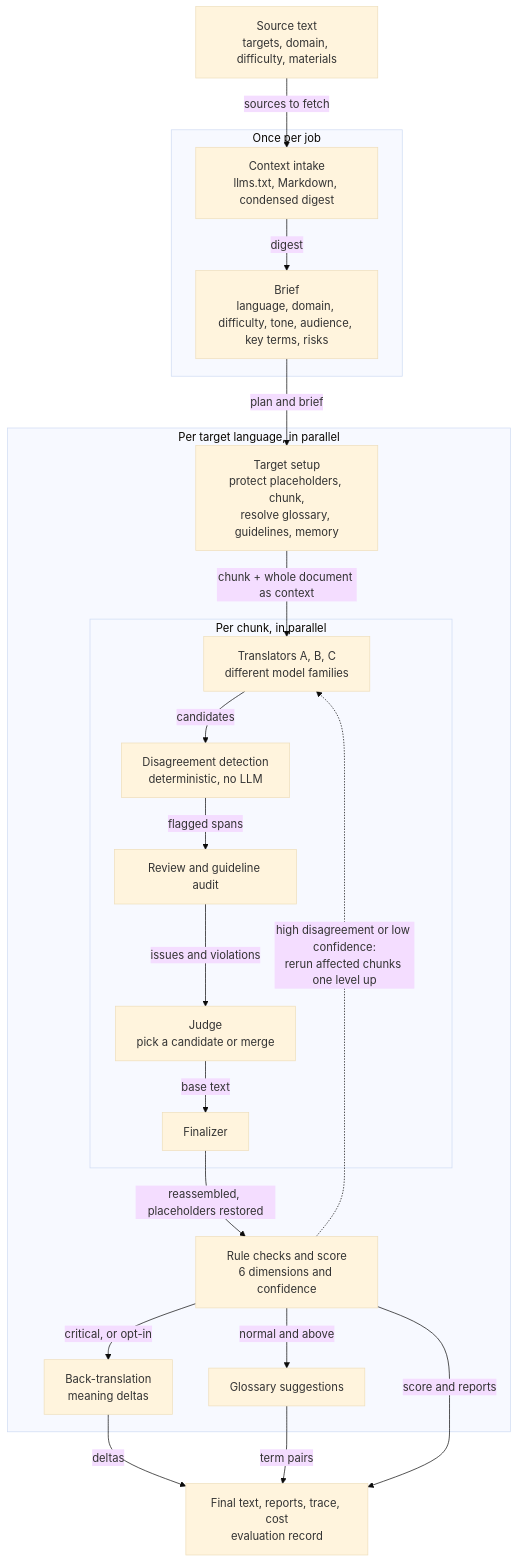
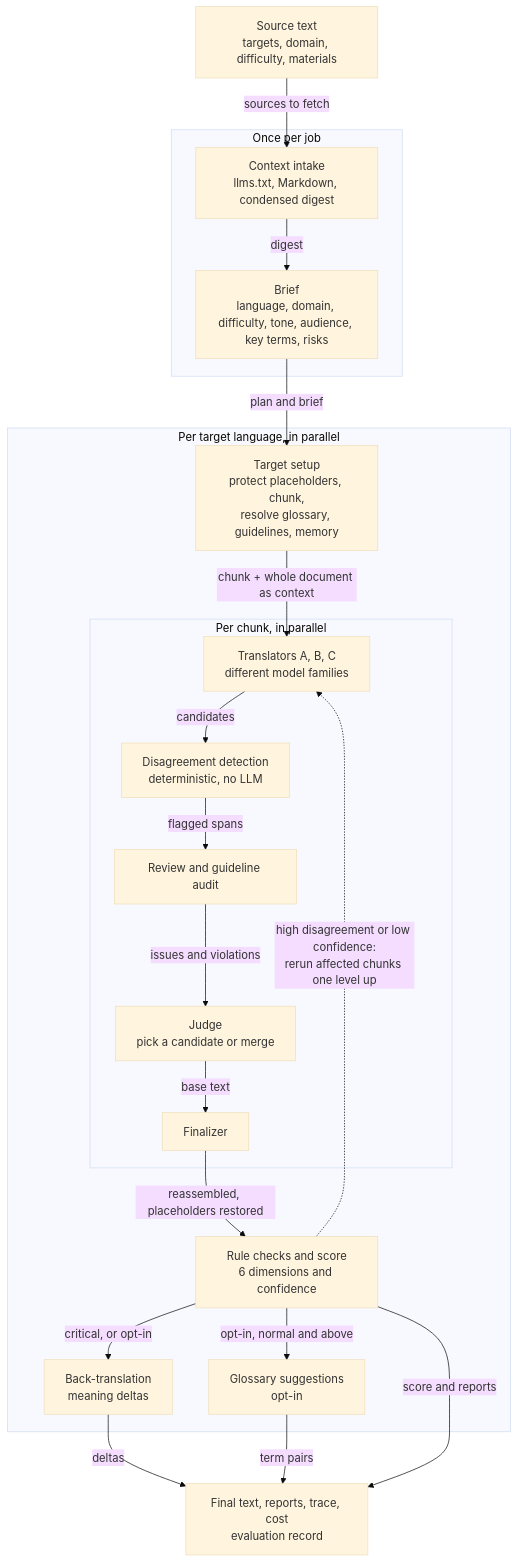
Before and after one commit to HugoGresse/ExpertTranslateAI: the diagram in README.md, drawn with Mermaid (base theme). The commit also changed other lines of this file and 4 other files, not shown here.

First line of the commit message:
feat(web): glossary suggestions are opt-in, toggled in the recipe

````diff
--- a/README.md
+++ b/README.md
@@ -48,41 +48,41 @@
 ```mermaid
 flowchart TB
   source["Source text<br/>targets, domain, difficulty, materials"]
 
   subgraph job["Once per job"]
     context["Context intake<br/>llms.txt, Markdown, condensed digest"]
     brief["Brief<br/>language, domain, difficulty, tone, audience, key terms, risks"]
   end
 
   subgraph target["Per target language, in parallel"]
     setup["Target setup<br/>protect placeholders, chunk,<br/>resolve glossary, guidelines, memory"]
     subgraph chunk["Per chunk, in parallel"]
       translate["Translators A, B, C<br/>different model families"]
       disagree["Disagreement detection<br/>deterministic, no LLM"]
       review["Review and guideline audit"]
       judge["Judge<br/>pick a candidate or merge"]
       finalize["Finalizer"]
     end
     audit["Rule checks and score<br/>6 dimensions and confidence"]
     back["Back-translation<br/>meaning deltas"]
-    suggest["Glossary suggestions"]
+    suggest["Glossary suggestions<br/>opt-in"]
   end
 
   result["Final text, reports, trace, cost<br/>evaluation record"]
 
   source -->|"sources to fetch"| context
   context -->|"digest"| brief
   brief -->|"plan and brief"| setup
   setup -->|"chunk + whole document as context"| translate
   translate -->|"candidates"| disagree
   disagree -->|"flagged spans"| review
   review -->|"issues and violations"| judge
   judge -->|"base text"| finalize
   finalize -->|"reassembled, placeholders restored"| audit
   audit -.->|"high disagreement or low confidence:<br/>rerun affected chunks one level up"| translate
   audit -->|"critical, or opt-in"| back
-  audit -->|"normal and above"| suggest
+  audit -->|"opt-in, normal and above"| suggest
   back -->|"deltas"| result
   suggest -->|"term pairs"| result
   audit -->|"score and reports"| result
 ```
````
